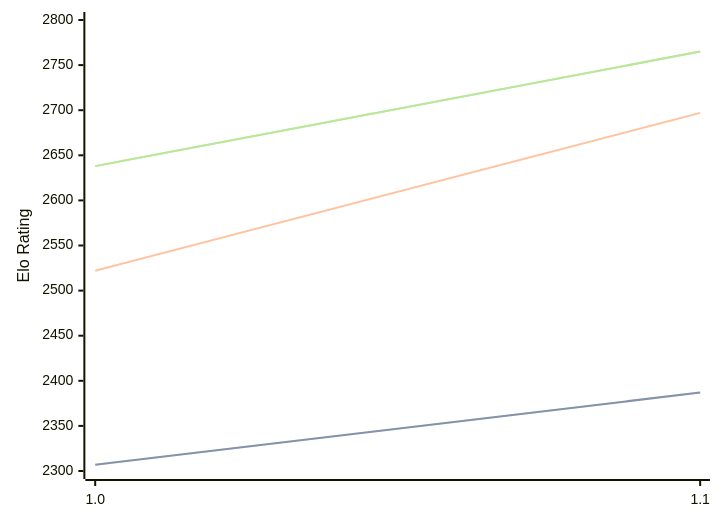
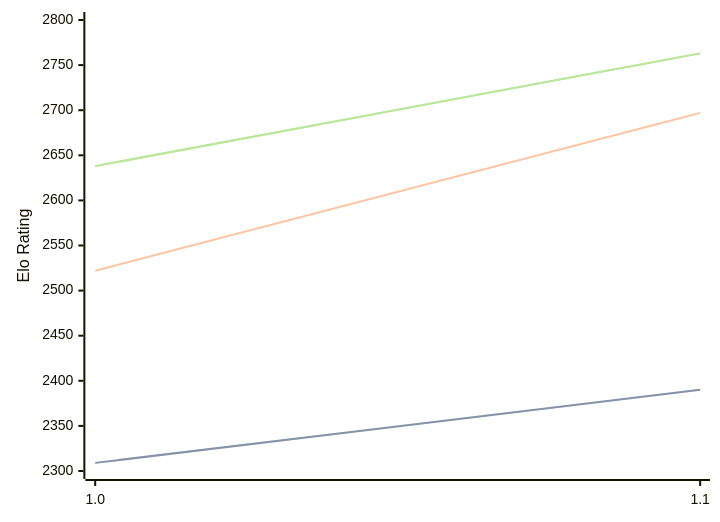
One commit to computer-chess-index/cci changed the third of 3 diagrams in engines/FoxChess.md. Above: the diagram before and after it, drawn with Mermaid. The commit also changed other lines of this file, not shown here.

Commit message:
Update CCI Ratings (ELO VLTC) - 2026-06-20

````diff
--- a/engines/FoxChess.md
+++ b/engines/FoxChess.md
@@ -65,11 +65,11 @@
 ```mermaid
 %%{init: {"theme":"base","themeVariables":{"seriesColors:['#a3a3a3','#222221','#faa371']}}}%%
 xychart-beta
   x-axis ["1.0", "1.1"]
   y-axis "Elo Rating" 2300 --> 2800
-  line "STC (8.0+0.08s)" [2307, 2387]
-  line "STC (8.0+0.08s)" [2307, 2387]
+  line "STC (8.0+0.08s)" [2309, 2390]
+  line "STC (8.0+0.08s)" [2309, 2390]
   line "LTC (60.0+0.60s)" [2522, 2697]
-  line "VLTC (2m24s+1.12s)" [2638, 2765]
-  line "VLTC (2m24s+1.12s)" [2638, 2765]
+  line "VLTC (2m24s+1.12s)" [2638, 2763]
+  line "VLTC (2m24s+1.12s)" [2638, 2763]
 ```
````
